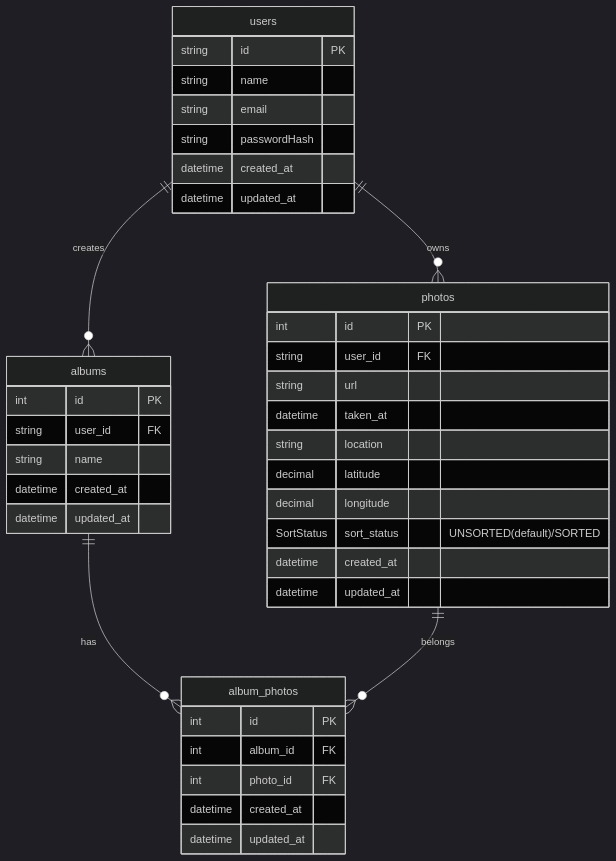
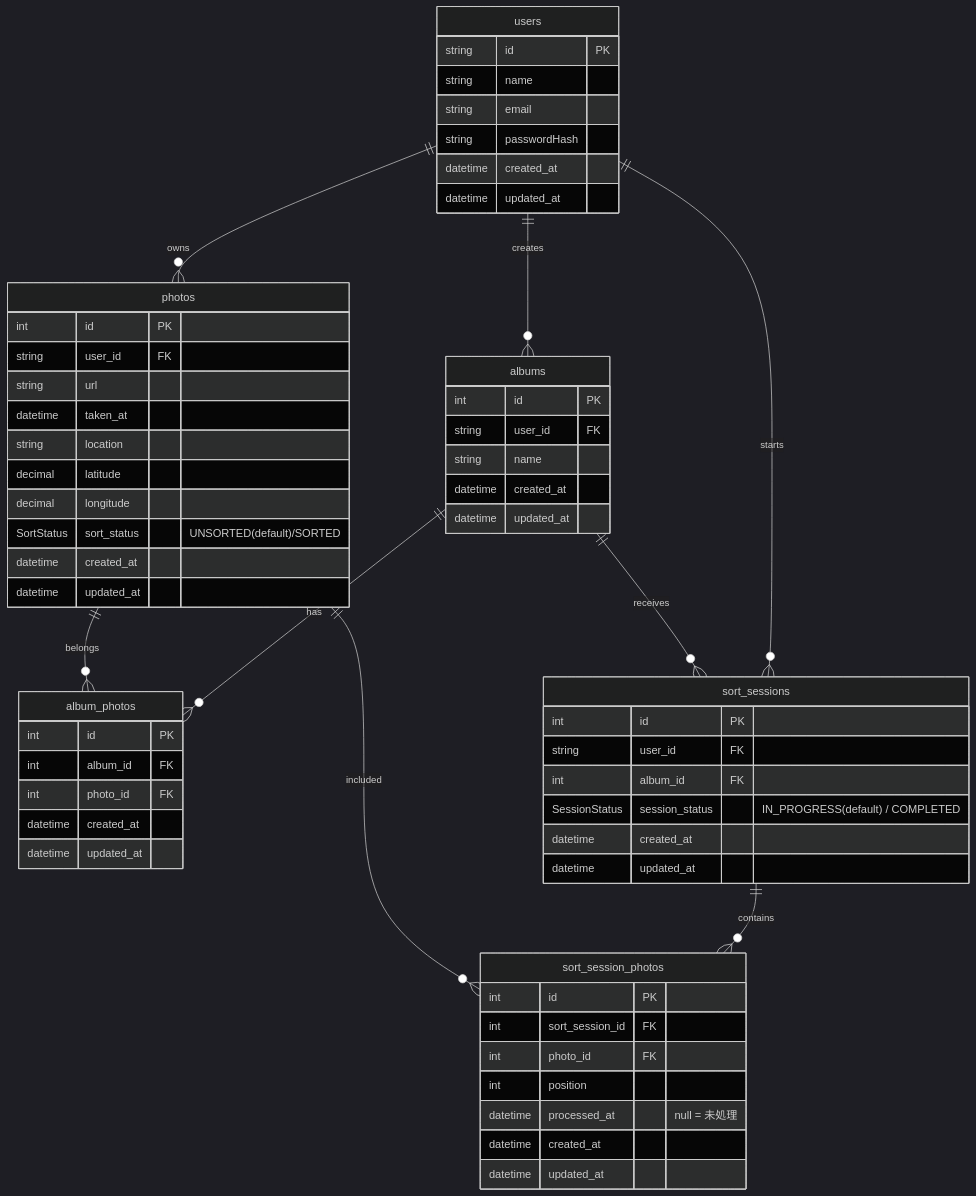
One commit to night1010tya/photo-sorter changed the diagram in er.md. Above: the diagram before and after it, drawn with Mermaid (dark theme). The commit also changed other lines of this file and 2 other files, not shown here.

Commit message:
仕分けセッション管理用のテーブルを追加

````diff
--- a/er.md
+++ b/er.md
@@ -1,46 +1,70 @@
 ```mermaid
 erDiagram
 
     users ||--o{ albums : creates
     users ||--o{ photos : owns
     albums ||--o{ album_photos : has
     photos ||--o{ album_photos : belongs
+    users ||--o{ sort_sessions : starts
+    albums ||--o{ sort_sessions : receives
+    sort_sessions ||--o{ sort_session_photos : contains
+    photos ||--o{ sort_session_photos : included
 
     users {
         string id PK
         string name
         string email
         string passwordHash
         datetime created_at
         datetime updated_at
     }
 
     albums {
         int id PK
         string user_id FK
         string name
         datetime created_at
         datetime updated_at
     }
 
     photos {
         int id PK
         string user_id FK
         string url
         datetime taken_at
         string location
         decimal latitude
         decimal longitude
         SortStatus sort_status "UNSORTED(default)/SORTED"
         datetime created_at
         datetime updated_at
     }
 
     album_photos {
         int id PK
         int album_id FK
         int photo_id FK
         datetime created_at
         datetime updated_at
     }
+
+    sort_sessions {
+        int id PK
+        string user_id FK
+        int album_id FK
+        SessionStatus session_status "IN_PROGRESS(default) / COMPLETED"
+        datetime created_at
+        datetime updated_at
+    }
+
+    sort_session_photos {
+        int id PK
+        int sort_session_id FK
+        int photo_id FK
+        int position
+        datetime processed_at "null = 未処理"
+        datetime created_at
+        datetime updated_at
+    }
+
 ```
````
